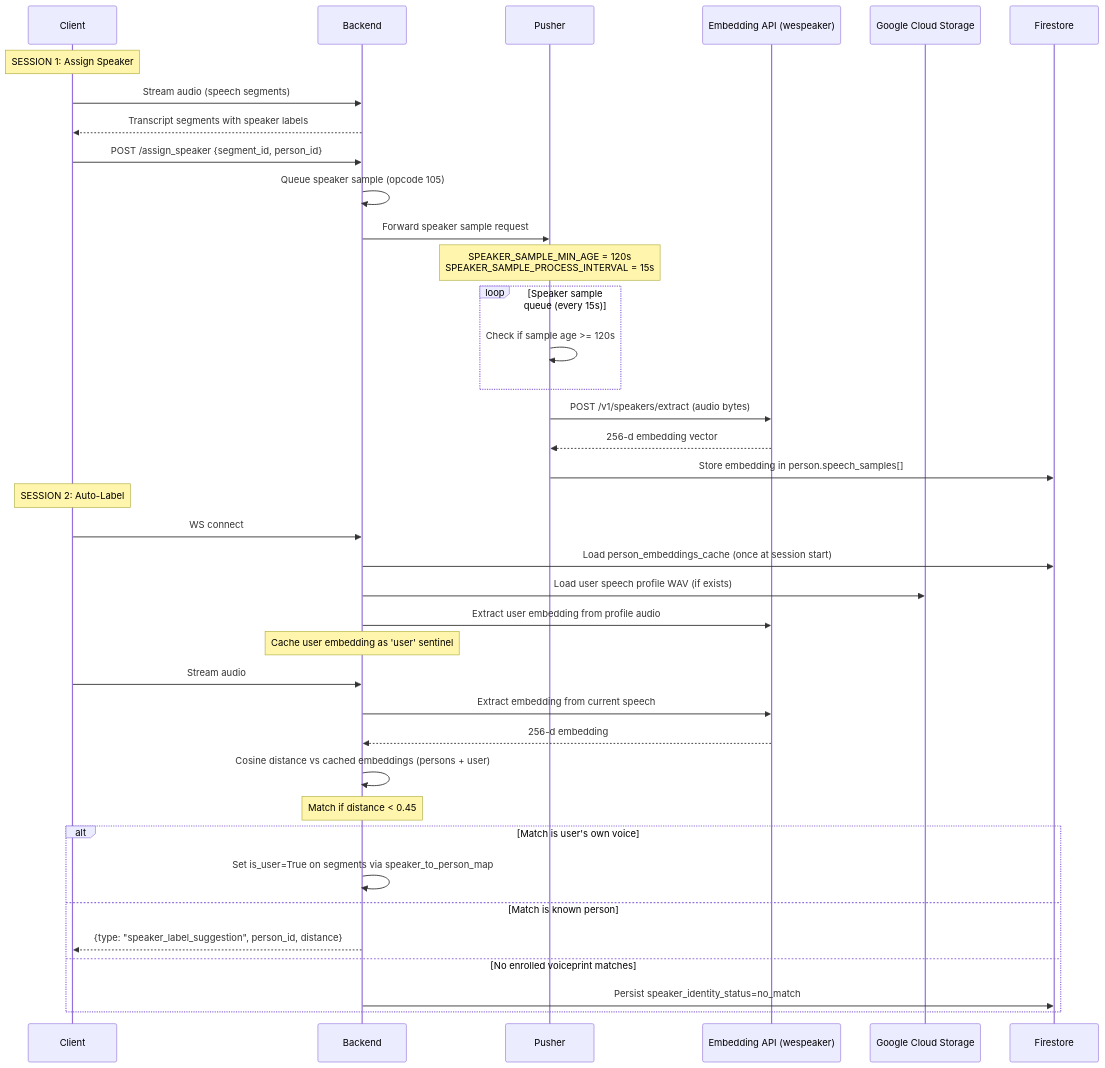
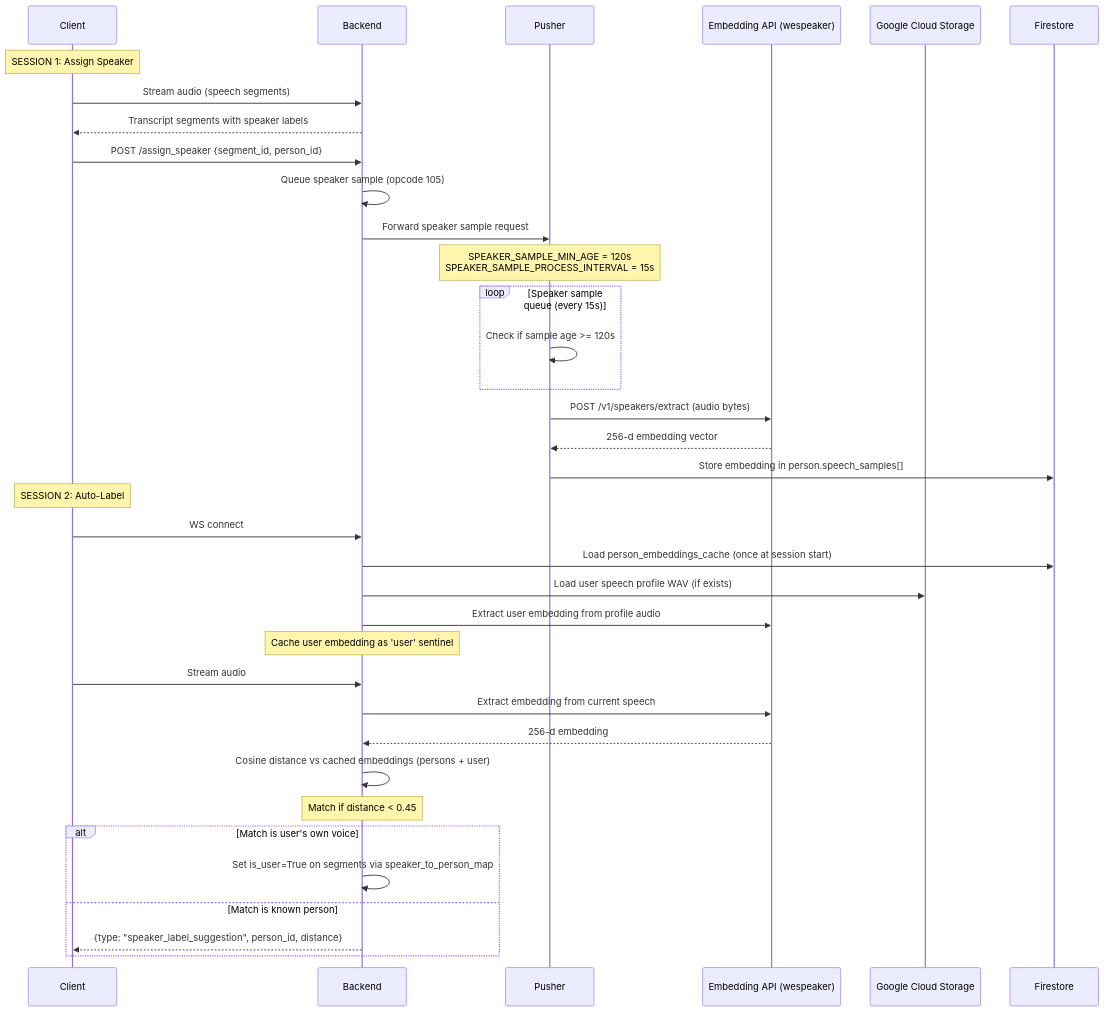
One commit to BasedHardware/omi changed the seventh of 8 diagrams in docs/doc/developer/backend/listen_pusher_pipeline.mdx. Above: the diagram before and after it, drawn with Mermaid. The commit also changed other lines of this file and 3305 other files, not shown here.

````diff
--- a/docs/doc/developer/backend/listen_pusher_pipeline.mdx
+++ b/docs/doc/developer/backend/listen_pusher_pipeline.mdx
@@ -451,47 +365,45 @@
 ```mermaid
 sequenceDiagram
     participant Client
     participant Backend as Backend
     participant Pusher
     participant EmbeddingAPI as Embedding API (wespeaker)
     participant GCS as Google Cloud Storage
     participant Firestore
 
     Note over Client: SESSION 1: Assign Speaker
 
     Client->>Backend: Stream audio (speech segments)
     Backend-->>Client: Transcript segments with speaker labels
     Client->>Backend: POST /assign_speaker {segment_id, person_id}
     Backend->>Backend: Queue speaker sample (opcode 105)
     Backend->>Pusher: Forward speaker sample request
 
     Note over Pusher: SPEAKER_SAMPLE_MIN_AGE = 120s<br/>SPEAKER_SAMPLE_PROCESS_INTERVAL = 15s
 
     loop Speaker sample queue (every 15s)
         Pusher->>Pusher: Check if sample age >= 120s
     end
 
     Pusher->>EmbeddingAPI: POST /v1/speakers/extract (audio bytes)
     EmbeddingAPI-->>Pusher: 256-d embedding vector
     Pusher->>Firestore: Store embedding in person.speech_samples[]
 
     Note over Client: SESSION 2: Auto-Label
 
     Client->>Backend: WS connect
     Backend->>Firestore: Load person_embeddings_cache (once at session start)
     Backend->>GCS: Load user speech profile WAV (if exists)
     Backend->>EmbeddingAPI: Extract user embedding from profile audio
     Note over Backend: Cache user embedding as 'user' sentinel
     Client->>Backend: Stream audio
     Backend->>EmbeddingAPI: Extract embedding from current speech
     EmbeddingAPI-->>Backend: 256-d embedding
     Backend->>Backend: Cosine distance vs cached embeddings (persons + user)
     Note over Backend: Match if distance < 0.45
     alt Match is user's own voice
         Backend->>Backend: Set is_user=True on segments via speaker_to_person_map
     else Match is known person
         Backend-->>Client: {type: "speaker_label_suggestion", person_id, distance}
-    else No enrolled voiceprint matches
-        Backend->>Firestore: Persist speaker_identity_status=no_match
     end
 ```
````
